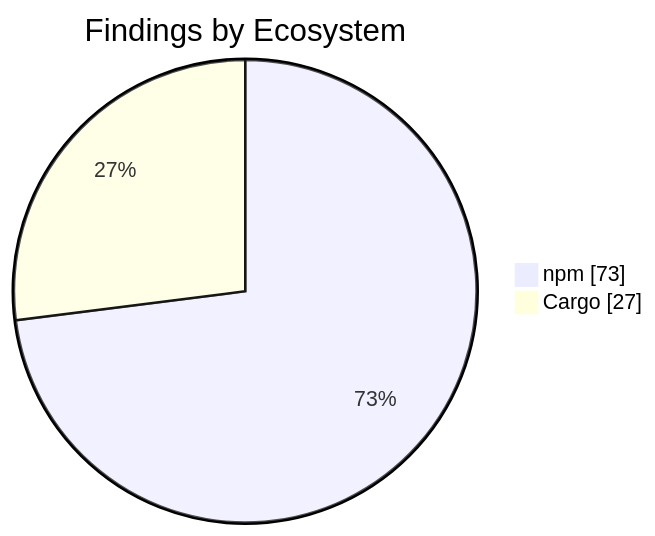
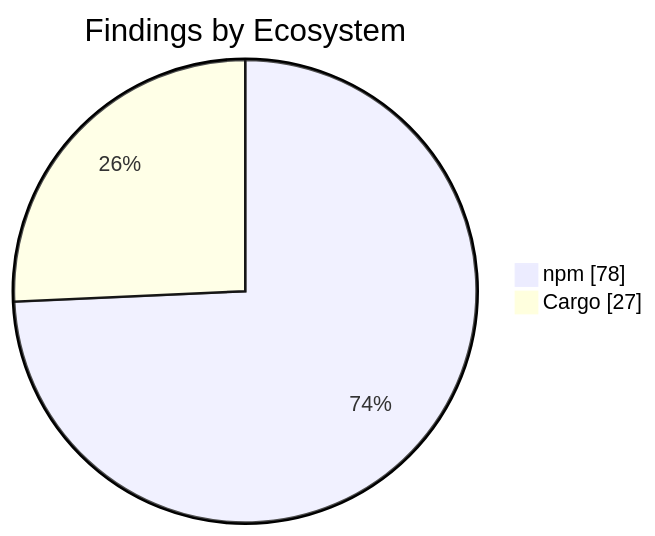
The second of 2 diagrams in apps/kbve/astro-kbve/src/content/docs/dashboard/security.mdx (KBVE/kbve), drawn with Mermaid before and after one commit. The commit also changed other lines of this file and 8 other files, not shown here.

````diff
--- a/apps/kbve/astro-kbve/src/content/docs/dashboard/security.mdx
+++ b/apps/kbve/astro-kbve/src/content/docs/dashboard/security.mdx
@@ -73,6 +73,6 @@
 ```mermaid
 pie showData
     title Findings by Ecosystem
-    "npm" : 73
+    "npm" : 78
     "Cargo" : 27
 ```
````
